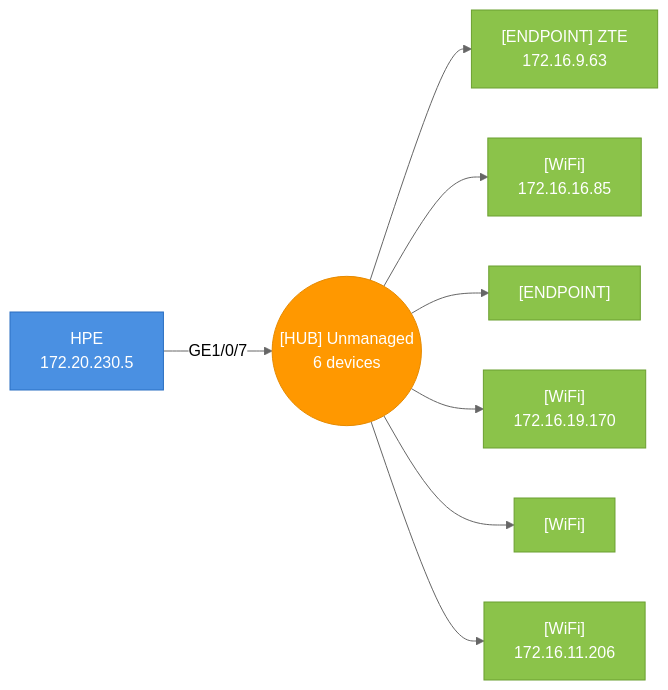
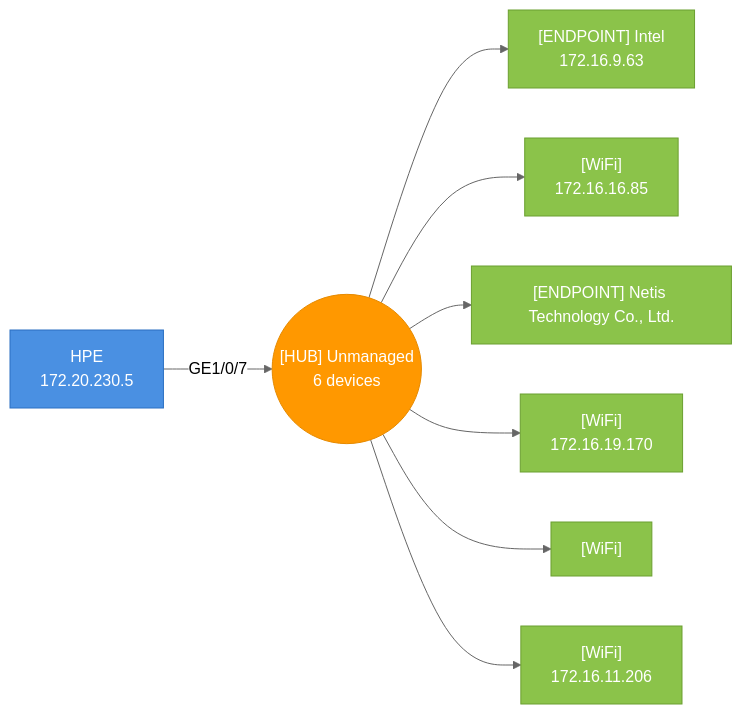
Before and after one commit to djamic/LLDP-Skanner-Go: diagram 16 of 47 in testdata/golden/audit_default.md, drawn with Mermaid (neutral theme). The commit also changed other lines of this file and 16 other files, not shown here.

````diff
--- a/testdata/golden/audit_default.md
+++ b/testdata/golden/audit_default.md
@@ -1905,26 +1895,26 @@
 ```mermaid
 graph LR
   hub_4caea3a218ec_p7(("[HUB] Unmanaged<br>6 devices"))
   4caea3a218ec["HPE<br>172.20.230.5"]
   4caea3a218ec-- "GE1/0/7" -->hub_4caea3a218ec_p7
   style 4caea3a218ec fill:#4A90E2,stroke:#2A6FC2,color:#fff
-  14857fccb76c["[ENDPOINT] ZTE<br>172.16.9.63"]
+  14857fccb76c["[ENDPOINT] Intel<br>172.16.9.63"]
   hub_4caea3a218ec_p7-->14857fccb76c
   style 14857fccb76c fill:#8BC34A,stroke:#6B9F30,color:#fff
   3609c6c1053b["[WiFi]<br>172.16.16.85"]
   hub_4caea3a218ec_p7-->3609c6c1053b
   style 3609c6c1053b fill:#8BC34A,stroke:#6B9F30,color:#fff
-  64eeb7a7d170["[ENDPOINT]"]
+  64eeb7a7d170["[ENDPOINT] Netis Technology Co., Ltd."]
   hub_4caea3a218ec_p7-->64eeb7a7d170
   style 64eeb7a7d170 fill:#8BC34A,stroke:#6B9F30,color:#fff
   7aaad80032bf["[WiFi]<br>172.16.19.170"]
   hub_4caea3a218ec_p7-->7aaad80032bf
   style 7aaad80032bf fill:#8BC34A,stroke:#6B9F30,color:#fff
   aaa395632235["[WiFi]"]
   hub_4caea3a218ec_p7-->aaa395632235
   style aaa395632235 fill:#8BC34A,stroke:#6B9F30,color:#fff
   f23285d256dd["[WiFi]<br>172.16.11.206"]
   hub_4caea3a218ec_p7-->f23285d256dd
   style f23285d256dd fill:#8BC34A,stroke:#6B9F30,color:#fff
   style hub_4caea3a218ec_p7 fill:#FF9800,stroke:#E68A00,color:#fff
 ```
````
